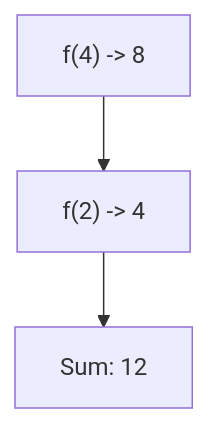
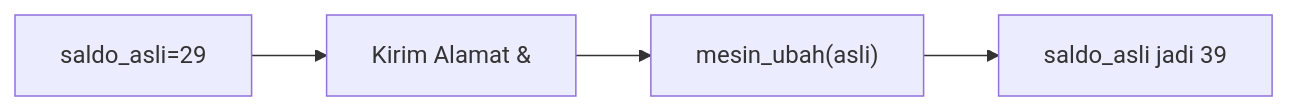
Before and after one commit to amnahwaida/OSNK_INF_PREP: the first of 25 diagrams in part-c-pemahaman-cpp/04-fungsi/latihan/set-05.md, drawn with Mermaid. The commit also changed other lines of this file and 71 other files, not shown here.

````diff
--- a/part-c-pemahaman-cpp/04-fungsi/latihan/set-05.md
+++ b/part-c-pemahaman-cpp/04-fungsi/latihan/set-05.md
@@ -21,5 +21,6 @@
 ```mermaid
-graph TD
-A["f(4) -> 8"] --> B["f(2) -> 4"]
-B --> C["Sum: 12"]
+graph LR
+A["saldo_asli=29"] --> B["Kirim Alamat &"]
+B --> C["mesin_ubah(asli)"]
+C --> D["saldo_asli jadi 39"]
 ```
````
